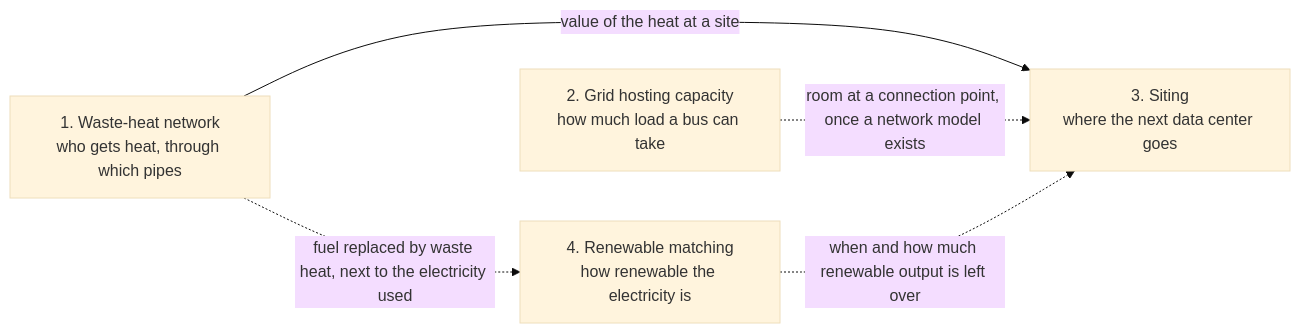
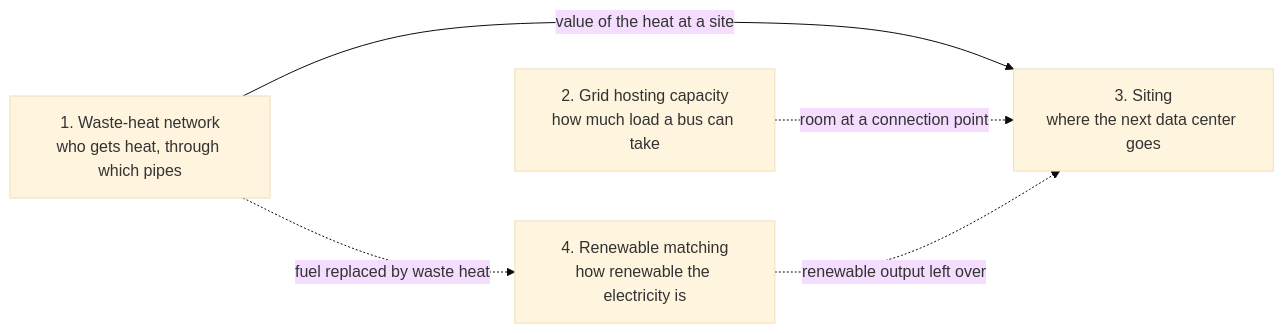
The first of 5 diagrams in README.md (ggnsjp/team-data-center), drawn with Mermaid (base theme) before and after one commit. The commit also changed other lines of this file and 2 other files, not shown here.

Commit message:
README: Koki Umebachi joins the team list; shorter labels in the diagram of how the themes connect

````diff
--- a/README.md
+++ b/README.md
@@ -240,11 +240,11 @@
 ```mermaid
 flowchart LR
   T1["1. Waste-heat network<br/>who gets heat, through which pipes"]
   T2["2. Grid hosting capacity<br/>how much load a bus can take"]
   T3["3. Siting<br/>where the next data center goes"]
   T4["4. Renewable matching<br/>how renewable the electricity is"]
   T1 -->|"value of the heat at a site"| T3
-  T2 -.->|"room at a connection point, once a network model exists"| T3
-  T4 -.->|"when and how much renewable output is left over"| T3
-  T1 -.->|"fuel replaced by waste heat, next to the electricity used"| T4
+  T2 -.->|"room at a connection point"| T3
+  T4 -.->|"renewable output left over"| T3
+  T1 -.->|"fuel replaced by waste heat"| T4
 ```
````
